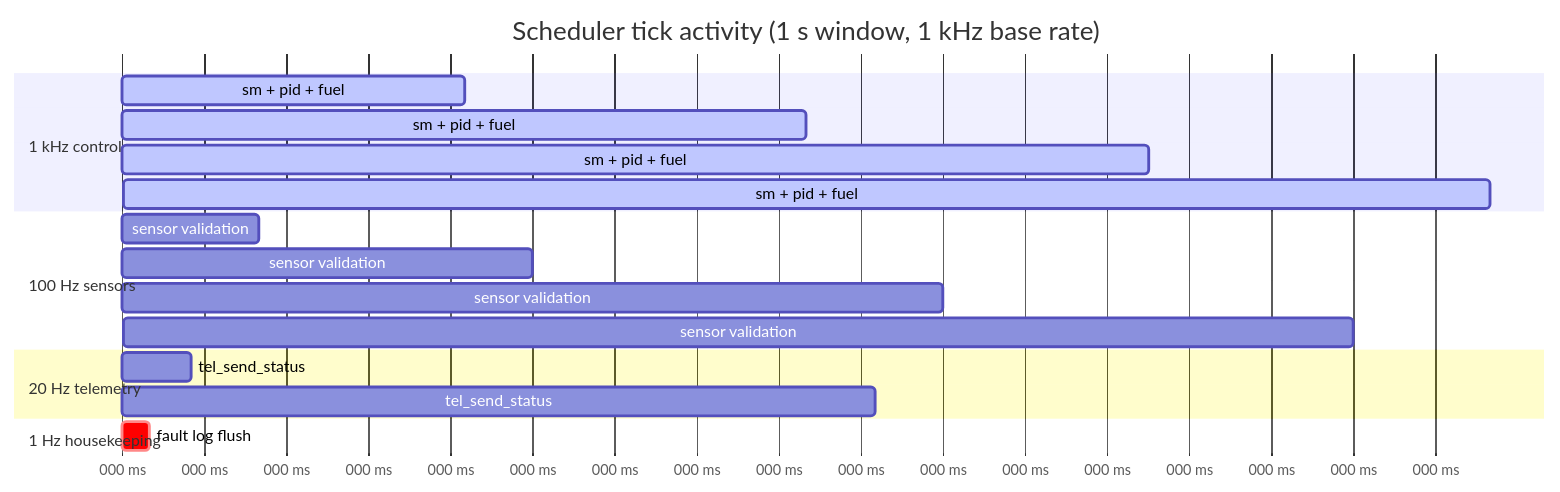
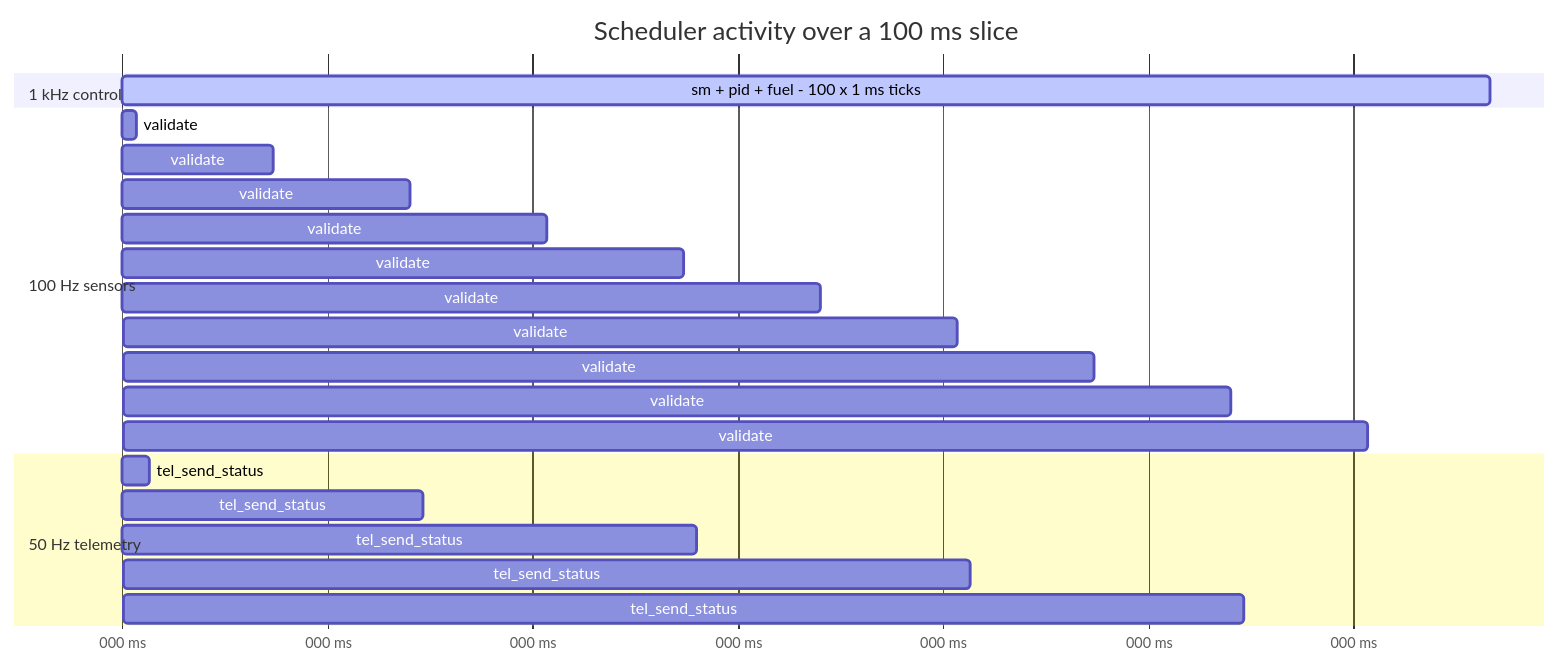
The first of 2 diagrams in doc/api/scheduler.rst (jakub-michalik/JetECU-Core), drawn with Mermaid before and after one commit. The commit also changed other lines of this file and 1 other file, not shown here.

First line of the commit message:
docs: harmonise telemetry rate to 50 Hz across all references

```diff
--- a/doc/api/scheduler.rst
+++ b/doc/api/scheduler.rst
@@ -13,25 +15,28 @@
 .. mermaid::
 
    gantt
-       title Scheduler tick activity (1 s window, 1 kHz base rate)
+       title Scheduler activity over a 100 ms slice
        dateFormat  X
        axisFormat  %L ms
 
        section 1 kHz control
-       sm + pid + fuel        :active, ctrl1, 0,    250
-       sm + pid + fuel        :active, ctrl2, 250,  500
-       sm + pid + fuel        :active, ctrl3, 500,  750
-       sm + pid + fuel        :active, ctrl4, 750,  1000
+       sm + pid + fuel - 100 x 1 ms ticks :active, ctrl, 0, 100
 
        section 100 Hz sensors
-       sensor validation      :sens1, 0,    100
-       sensor validation      :sens2, 200,  300
-       sensor validation      :sens3, 500,  600
-       sensor validation      :sens4, 800,  900
+       validate :s1,  0,  1
+       validate :s2,  10, 11
+       validate :s3,  20, 21
+       validate :s4,  30, 31
+       validate :s5,  40, 41
+       validate :s6,  50, 51
+       validate :s7,  60, 61
+       validate :s8,  70, 71
+       validate :s9,  80, 81
+       validate :s10, 90, 91
 
-       section 20 Hz telemetry
-       tel_send_status        :tel1, 0,    50
-       tel_send_status        :tel2, 500,  550
-
-       section 1 Hz housekeeping
-       fault log flush        :crit, hk1, 0,    20
+       section 50 Hz telemetry
+       tel_send_status :t1, 0,  2
+       tel_send_status :t2, 20, 22
+       tel_send_status :t3, 40, 42
+       tel_send_status :t4, 60, 62
+       tel_send_status :t5, 80, 82
```
